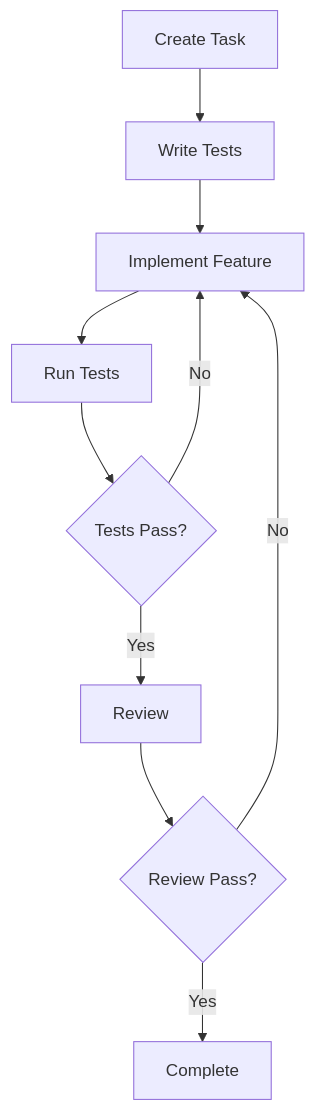
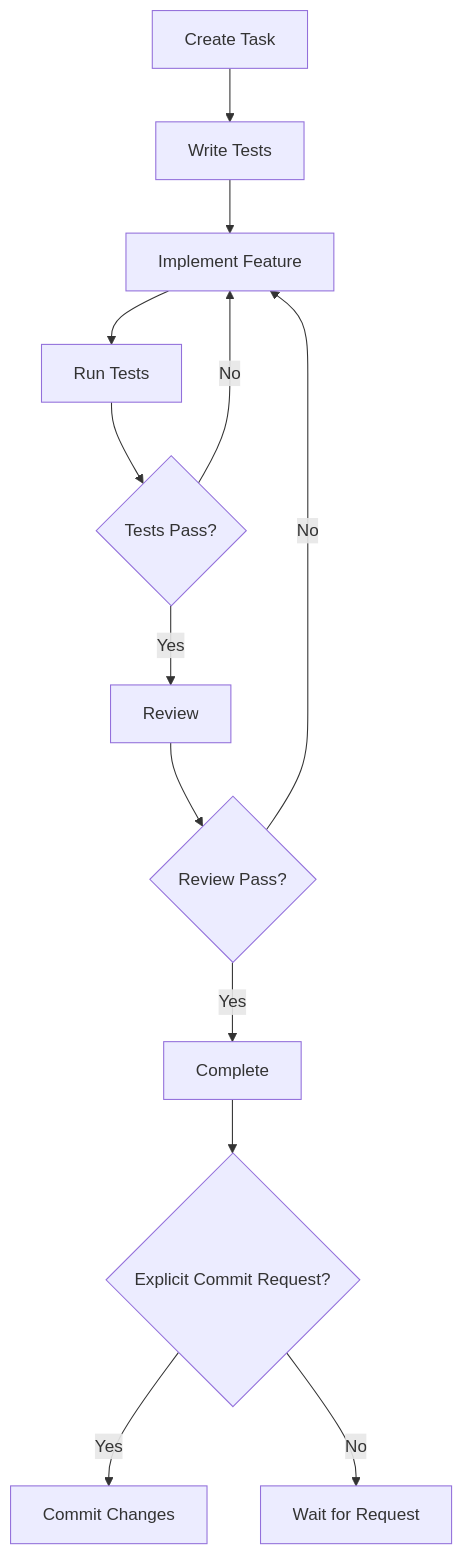
The diagram in site-rebuild/docs/workflow/ttdd-process.md (SpinbitZ/SpinbitZ), drawn with Mermaid before and after one commit. The commit also changed other lines of this file and 5 other files, not shown here.

````diff
--- a/site-rebuild/docs/workflow/ttdd-process.md
+++ b/site-rebuild/docs/workflow/ttdd-process.md
@@ -8,12 +8,15 @@
 ```mermaid
 graph TD
     A[Create Task] --> B[Write Tests]
     B --> C[Implement Feature]
     C --> D[Run Tests]
     D --> E{Tests Pass?}
     E -->|Yes| F[Review]
     E -->|No| C
     F --> G{Review Pass?}
     G -->|Yes| H[Complete]
     G -->|No| C
+    H --> I{Explicit Commit Request?}
+    I -->|Yes| J[Commit Changes]
+    I -->|No| K[Wait for Request]
 ```
````
